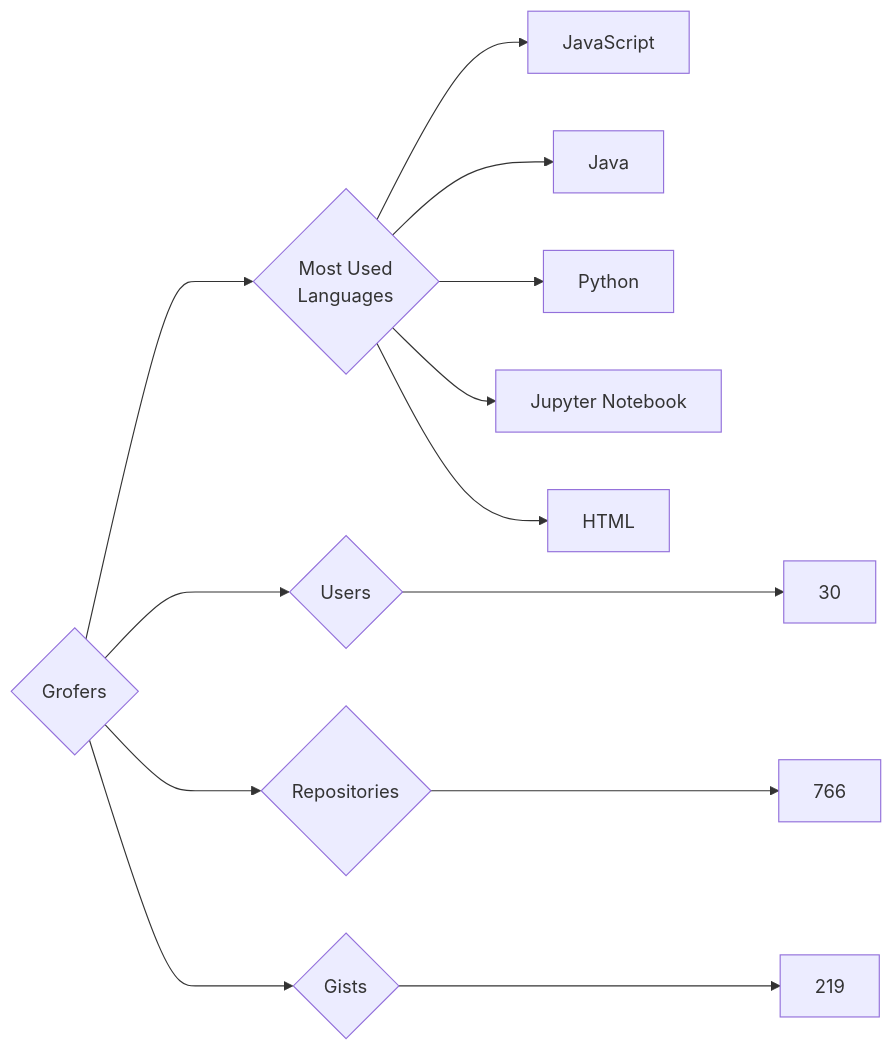
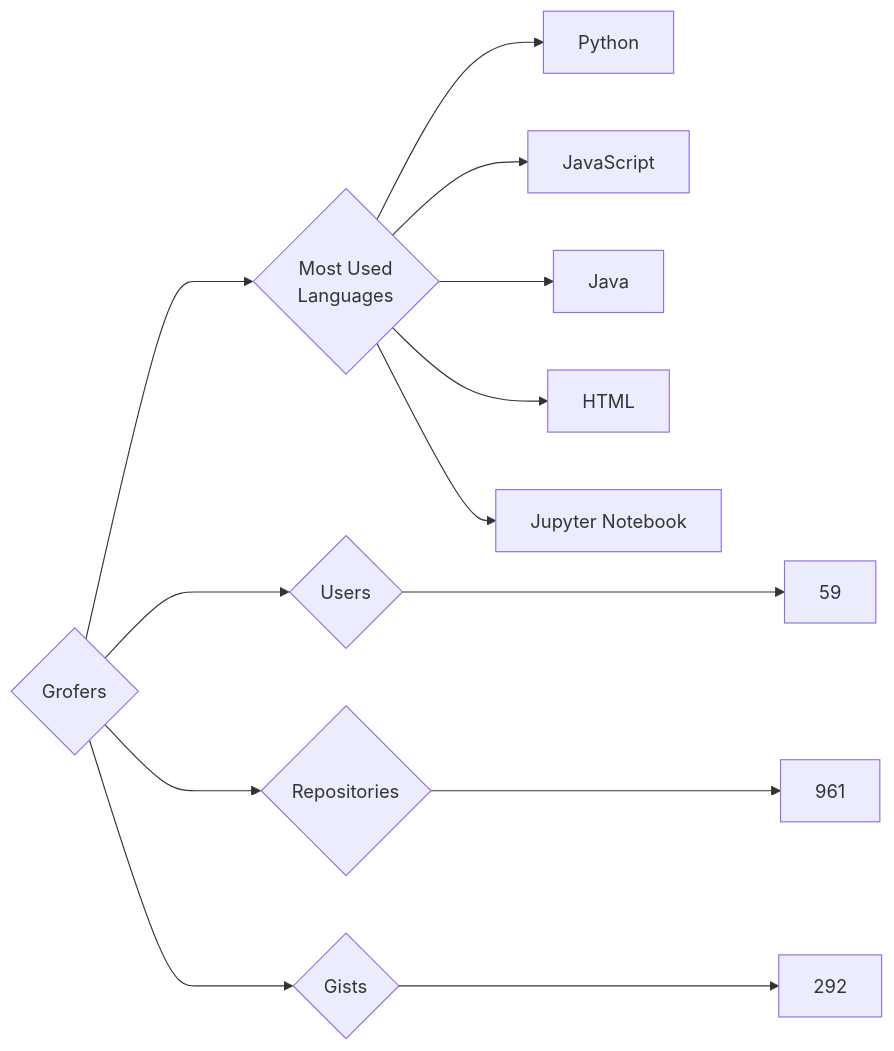
Before and after one commit to trickest/insiders: the diagram in targets/Grofers/README.md, drawn with Mermaid. The commit also changed 752 other files, not shown here.

````diff
--- a/targets/Grofers/README.md
+++ b/targets/Grofers/README.md
@@ -3,13 +3,13 @@
 ```mermaid
 graph LR
 COMPANY_NAME{Grofers}
-COMPANY_NAME ---> U{Users} ---> UN[30]
-COMPANY_NAME ---> R{Repositories} ---> RN[766]
-COMPANY_NAME ---> G{Gists} ---> GN[219]
+COMPANY_NAME ---> U{Users} ---> UN[59]
+COMPANY_NAME ---> R{Repositories} ---> RN[961]
+COMPANY_NAME ---> G{Gists} ---> GN[292]
 COMPANY_NAME ---> ML{Most Used<br>Languages}
+ML --> Python[Python]
 ML --> JavaScript[JavaScript]
 ML --> Java[Java]
-ML --> Python[Python]
+ML --> HTML[HTML]
 ML --> Jupyter_Notebook[Jupyter Notebook]
-ML --> HTML[HTML]
 ```
````
